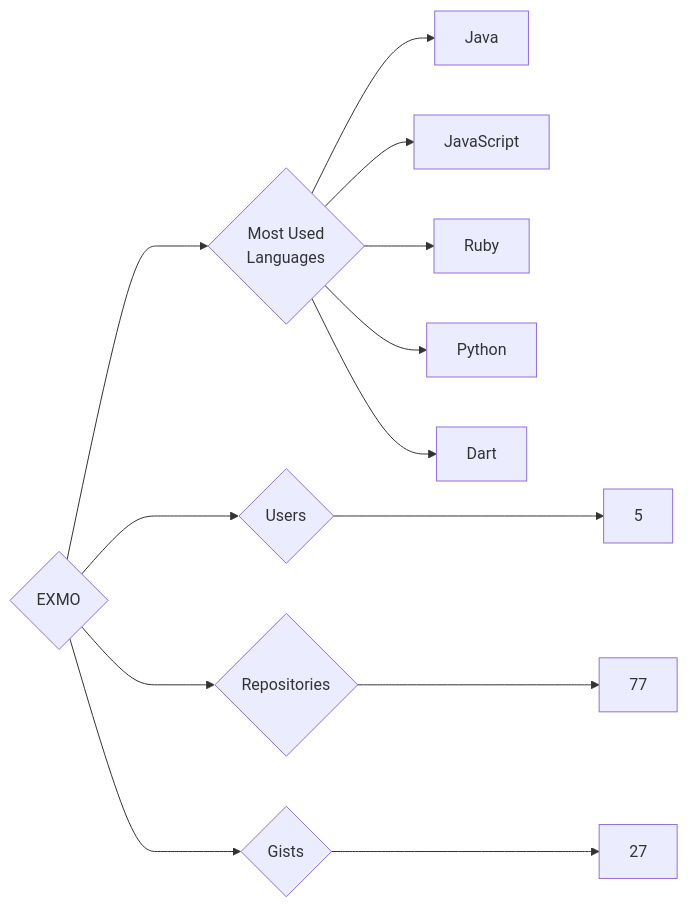
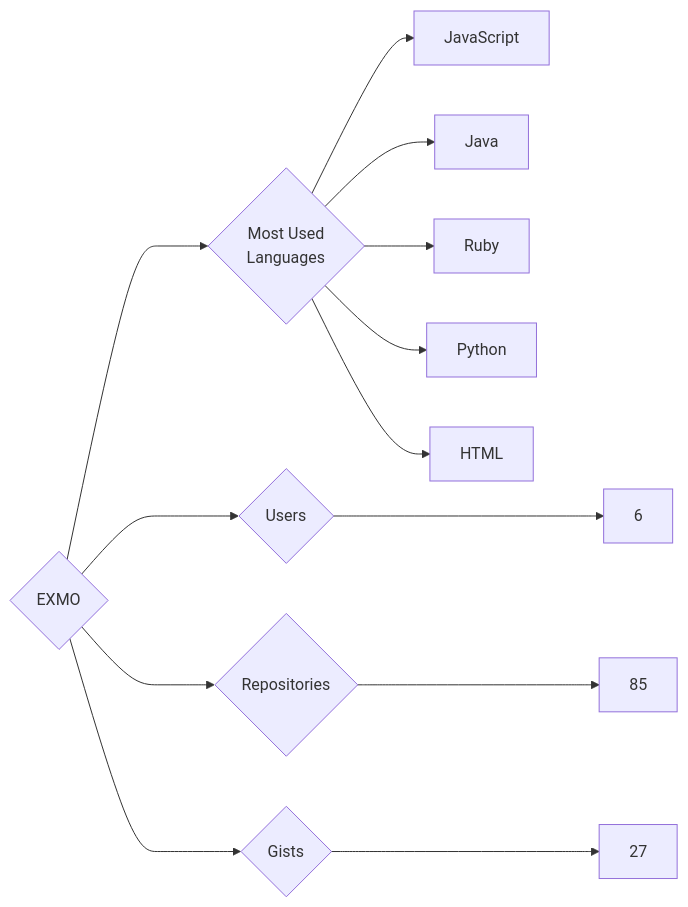
One commit to trickest/insiders changed the diagram in targets/EXMO/README.md. Above: the diagram before and after it, drawn with Mermaid. The commit also changed 1030 other files, not shown here.

````diff
--- a/targets/EXMO/README.md
+++ b/targets/EXMO/README.md
@@ -3,13 +3,13 @@
 ```mermaid
 graph LR
 COMPANY_NAME{EXMO}
-COMPANY_NAME ---> U{Users} ---> UN[5]
-COMPANY_NAME ---> R{Repositories} ---> RN[77]
+COMPANY_NAME ---> U{Users} ---> UN[6]
+COMPANY_NAME ---> R{Repositories} ---> RN[85]
 COMPANY_NAME ---> G{Gists} ---> GN[27]
 COMPANY_NAME ---> ML{Most Used<br>Languages}
+ML --> JavaScript[JavaScript]
 ML --> Java[Java]
-ML --> JavaScript[JavaScript]
 ML --> Ruby[Ruby]
 ML --> Python[Python]
-ML --> Dart[Dart]
+ML --> HTML[HTML]
 ```
````
